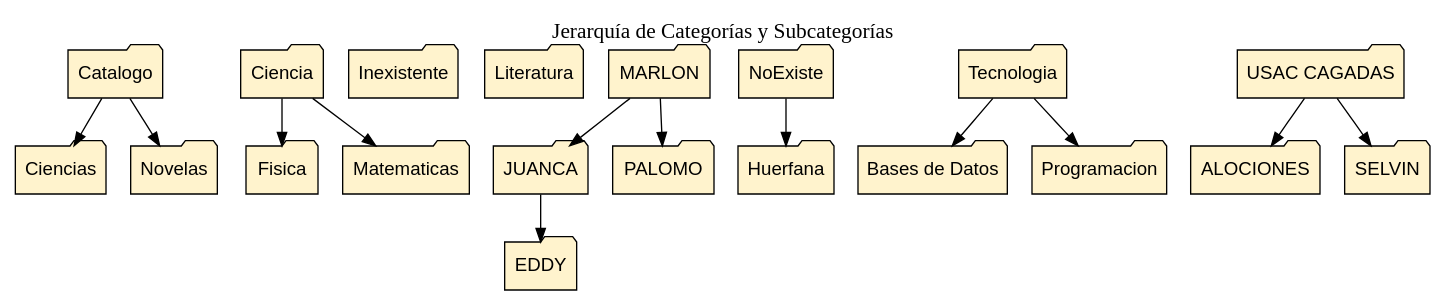
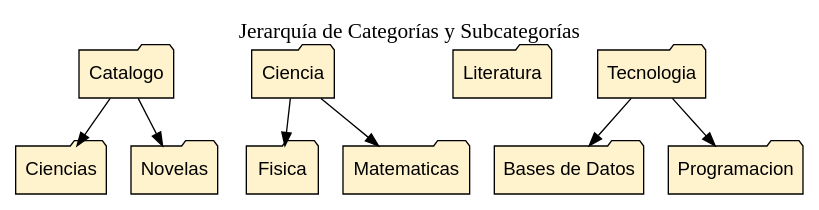
One commit to 4064998100101-cell/IPC2_Proy02_202602_202504191 changed the diagram in Proyecto2/wwwroot/cat_temp.dot. Above: the diagram before and after it, drawn with Graphviz. The commit also changed 7 other files, not shown here.

```diff
--- a/Proyecto2/wwwroot/cat_temp.dot
+++ b/Proyecto2/wwwroot/cat_temp.dot
@@ -1,39 +1,23 @@
 digraph Categorias {
    node [shape=folder, style="rounded,filled", fillcolor="#fff3cd", fontname="Arial"];
    edge [fontname="Arial"];
    label="Jerarquía de Categorías y Subcategorías\n";
    labelloc="top";
    fontsize=16;
    cat_Catalogo [label="Catalogo"];
    cat_Catalogo -> cat_Ciencias;
    cat_Ciencias [label="Ciencias"];
    cat_Catalogo -> cat_Novelas;
    cat_Novelas [label="Novelas"];
    cat_Ciencia [label="Ciencia"];
    cat_Ciencia -> cat_Fisica;
    cat_Fisica [label="Fisica"];
    cat_Ciencia -> cat_Matematicas;
    cat_Matematicas [label="Matematicas"];
-   cat_Inexistente [label="Inexistente"];
    cat_Literatura [label="Literatura"];
-   cat_MARLON [label="MARLON"];
-   cat_MARLON -> cat_JUANCA;
-   cat_JUANCA [label="JUANCA"];
-   cat_JUANCA -> cat_EDDY;
-   cat_EDDY [label="EDDY"];
-   cat_MARLON -> cat_PALOMO;
-   cat_PALOMO [label="PALOMO"];
-   cat_NoExiste [label="NoExiste"];
-   cat_NoExiste -> cat_Huerfana;
-   cat_Huerfana [label="Huerfana"];
    cat_Tecnologia [label="Tecnologia"];
    cat_Tecnologia -> cat_Bases_de_Datos;
    cat_Bases_de_Datos [label="Bases de Datos"];
    cat_Tecnologia -> cat_Programacion;
    cat_Programacion [label="Programacion"];
-   cat_USAC_CAGADAS [label="USAC CAGADAS"];
-   cat_USAC_CAGADAS -> cat_ALOCIONES;
-   cat_ALOCIONES [label="ALOCIONES"];
-   cat_USAC_CAGADAS -> cat_SELVIN;
-   cat_SELVIN [label="SELVIN"];
 }
```
